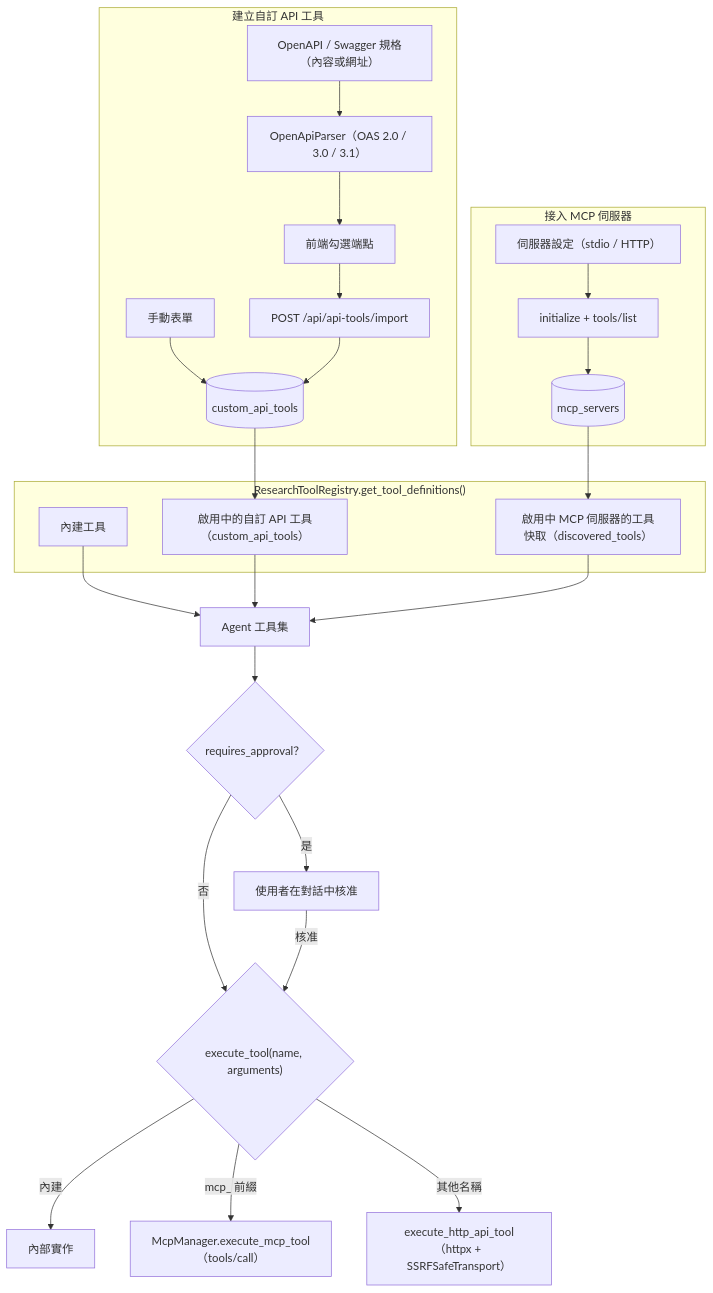
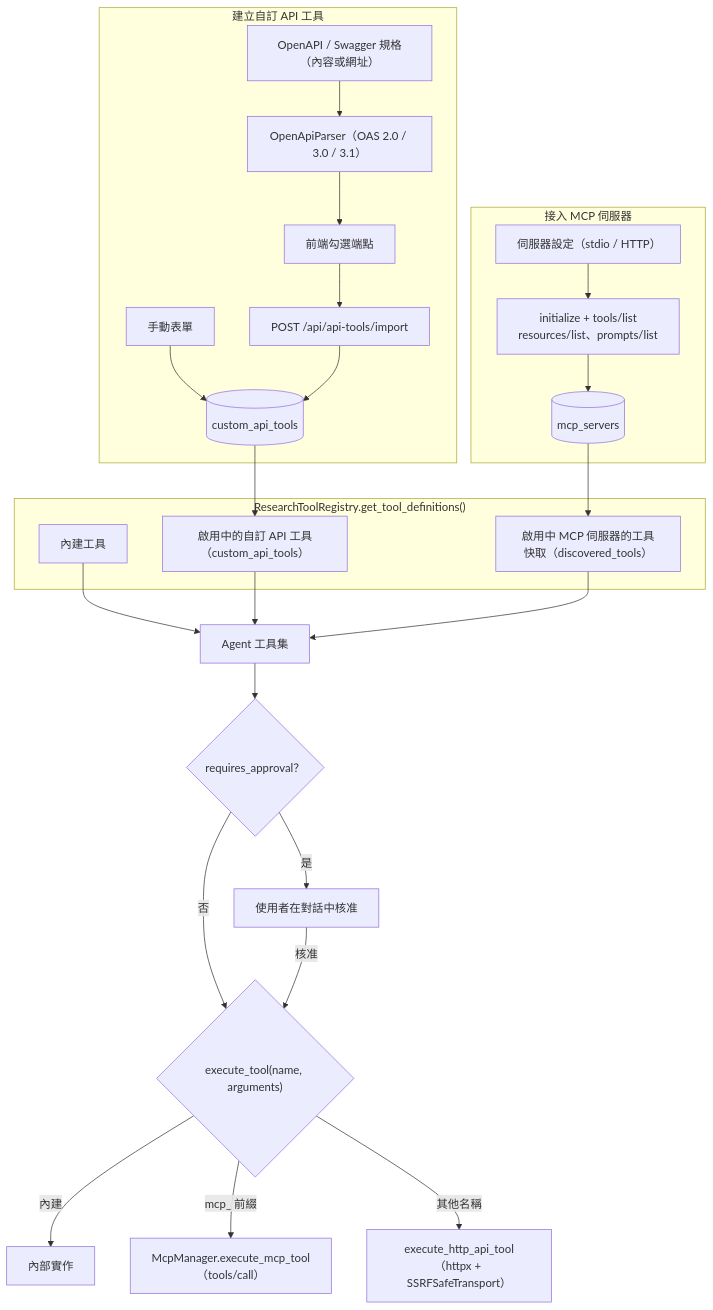
One commit to Scorpio-meow/AskMiao changed the seventh of 9 diagrams in docs/architecture.md. Above: the diagram before and after it, drawn with Mermaid. The commit also changed other lines of this file and 50 other files, not shown here.

````diff
--- a/docs/architecture.md
+++ b/docs/architecture.md
@@ -461,32 +469,32 @@
 ```mermaid
 flowchart TB
     subgraph Registry ["ResearchToolRegistry.get_tool_definitions()"]
         Builtin["內建工具"]
         DynamicApi["啟用中的自訂 API 工具（custom_api_tools）"]
         DynamicMcp["啟用中 MCP 伺服器的工具快取（discovered_tools）"]
     end
 
     subgraph ImportFlow ["建立自訂 API 工具"]
         Spec["OpenAPI / Swagger 規格（內容或網址）"] --> Parser["OpenApiParser（OAS 2.0 / 3.0 / 3.1）"]
         Parser --> Select["前端勾選端點"]
         Select --> Import["POST /api/api-tools/import"]
         Manual["手動表單"] --> DB[(custom_api_tools)]
         Import --> DB
     end
 
     subgraph McpFlow ["接入 MCP 伺服器"]
-        Server["伺服器設定（stdio / HTTP）"] --> Discover["initialize + tools/list"]
+        Server["伺服器設定（stdio / HTTP）"] --> Discover["initialize + tools/list<br/>resources/list、prompts/list"]
         Discover --> McpDB[(mcp_servers)]
     end
 
     DB --> DynamicApi
     McpDB --> DynamicMcp
     Builtin & DynamicApi & DynamicMcp --> Agent["Agent 工具集"]
     Agent --> Gate{"requires_approval？"}
     Gate -->|是| Ask["使用者在對話中核准"]
     Gate -->|否| Exec{"execute_tool(name, arguments)"}
     Ask -->|核准| Exec
     Exec -->|內建| Internal["內部實作"]
     Exec -->|mcp_ 前綴| McpCall["McpManager.execute_mcp_tool（tools/call）"]
     Exec -->|其他名稱| Http["execute_http_api_tool（httpx + SSRFSafeTransport）"]
 ```
````
